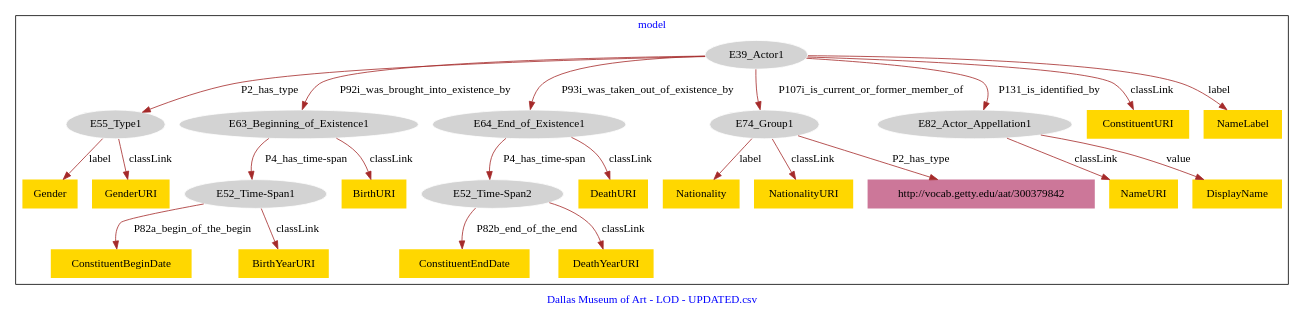
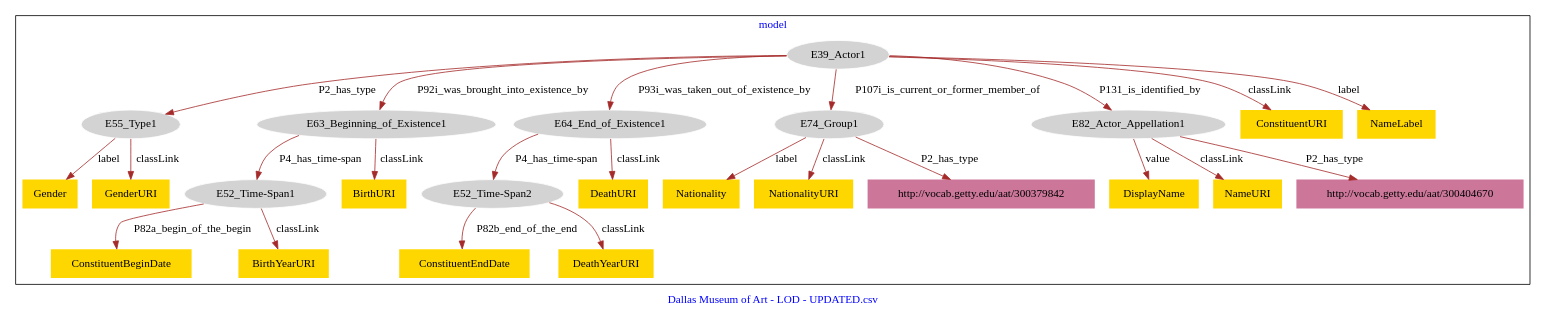
One commit to american-art/DMA changed the diagram in Constituents/DMA_Constituents-model.dot. Above: the diagram before and after it, drawn with Graphviz.

Commit message:
Update file DMA_Constituents-model.dot

```diff
--- a/Constituents/DMA_Constituents-model.dot
+++ b/Constituents/DMA_Constituents-model.dot
@@ -1,53 +1,55 @@
 digraph n0 {
 fontcolor="blue"
 remincross="true"
 label="Dallas Museum of Art - LOD - UPDATED.csv"
 subgraph cluster {
 label="model"
 n2[style="filled",color="white",fillcolor="lightgray",label="E39_Actor1"];
 n3[style="filled",color="white",fillcolor="lightgray",label="E55_Type1"];
 n4[style="filled",color="white",fillcolor="lightgray",label="E63_Beginning_of_Existence1"];
 n5[style="filled",color="white",fillcolor="lightgray",label="E64_End_of_Existence1"];
 n6[style="filled",color="white",fillcolor="lightgray",label="E74_Group1"];
 n7[style="filled",color="white",fillcolor="lightgray",label="E82_Actor_Appellation1"];
 n8[style="filled",color="white",fillcolor="lightgray",label="E52_Time-Span1"];
 n9[style="filled",color="white",fillcolor="lightgray",label="E52_Time-Span2"];
 n10[shape="plaintext",style="filled",fillcolor="gold",label="Nationality"];
-n11[shape="plaintext",style="filled",fillcolor="gold",label="ConstituentBeginDate"];
-n12[shape="plaintext",style="filled",fillcolor="gold",label="DeathURI"];
-n13[shape="plaintext",style="filled",fillcolor="gold",label="NameURI"];
-n14[shape="plaintext",style="filled",fillcolor="gold",label="DisplayName"];
+n11[shape="plaintext",style="filled",fillcolor="gold",label="ConstituentURI"];
+n12[shape="plaintext",style="filled",fillcolor="gold",label="ConstituentBeginDate"];
+n13[shape="plaintext",style="filled",fillcolor="gold",label="DisplayName"];
+n14[shape="plaintext",style="filled",fillcolor="gold",label="NationalityURI"];
 n15[shape="plaintext",style="filled",fillcolor="gold",label="Gender"];
-n16[shape="plaintext",style="filled",fillcolor="gold",label="ConstituentURI"];
+n16[shape="plaintext",style="filled",fillcolor="gold",label="NameLabel"];
 n17[shape="plaintext",style="filled",fillcolor="gold",label="ConstituentEndDate"];
-n18[shape="plaintext",style="filled",fillcolor="gold",label="NationalityURI"];
-n19[shape="plaintext",style="filled",fillcolor="gold",label="DeathYearURI"];
-n20[shape="plaintext",style="filled",fillcolor="gold",label="BirthYearURI"];
+n18[shape="plaintext",style="filled",fillcolor="gold",label="NameURI"];
+n19[shape="plaintext",style="filled",fillcolor="gold",label="GenderURI"];
+n20[shape="plaintext",style="filled",fillcolor="gold",label="DeathURI"];
 n21[shape="plaintext",style="filled",fillcolor="gold",label="BirthURI"];
-n22[shape="plaintext",style="filled",fillcolor="gold",label="GenderURI"];
-n23[shape="plaintext",style="filled",fillcolor="gold",label="NameLabel"];
+n22[shape="plaintext",style="filled",fillcolor="gold",label="BirthYearURI"];
+n23[shape="plaintext",style="filled",fillcolor="gold",label="DeathYearURI"];
 n24[shape="plaintext",style="filled",fillcolor="#CC7799",label="http://vocab.getty.edu/aat/300379842"];
+n25[shape="plaintext",style="filled",fillcolor="#CC7799",label="http://vocab.getty.edu/aat/300404670"];
 }
 n2 -> n3[color="brown",fontcolor="black",label="P2_has_type"]
 n2 -> n4[color="brown",fontcolor="black",label="P92i_was_brought_into_existence_by"]
 n2 -> n5[color="brown",fontcolor="black",label="P93i_was_taken_out_of_existence_by"]
 n2 -> n6[color="brown",fontcolor="black",label="P107i_is_current_or_former_member_of"]
 n2 -> n7[color="brown",fontcolor="black",label="P131_is_identified_by"]
 n4 -> n8[color="brown",fontcolor="black",label="P4_has_time-span"]
 n5 -> n9[color="brown",fontcolor="black",label="P4_has_time-span"]
 n6 -> n10[color="brown",fontcolor="black",label="label"]
-n8 -> n11[color="brown",fontcolor="black",label="P82a_begin_of_the_begin"]
-n5 -> n12[color="brown",fontcolor="black",label="classLink"]
-n7 -> n13[color="brown",fontcolor="black",label="classLink"]
-n7 -> n14[color="brown",fontcolor="black",label="value"]
+n2 -> n11[color="brown",fontcolor="black",label="classLink"]
+n8 -> n12[color="brown",fontcolor="black",label="P82a_begin_of_the_begin"]
+n7 -> n13[color="brown",fontcolor="black",label="value"]
+n6 -> n14[color="brown",fontcolor="black",label="classLink"]
 n3 -> n15[color="brown",fontcolor="black",label="label"]
-n2 -> n16[color="brown",fontcolor="black",label="classLink"]
+n2 -> n16[color="brown",fontcolor="black",label="label"]
 n9 -> n17[color="brown",fontcolor="black",label="P82b_end_of_the_end"]
-n6 -> n18[color="brown",fontcolor="black",label="classLink"]
-n9 -> n19[color="brown",fontcolor="black",label="classLink"]
-n8 -> n20[color="brown",fontcolor="black",label="classLink"]
+n7 -> n18[color="brown",fontcolor="black",label="classLink"]
+n3 -> n19[color="brown",fontcolor="black",label="classLink"]
+n5 -> n20[color="brown",fontcolor="black",label="classLink"]
 n4 -> n21[color="brown",fontcolor="black",label="classLink"]
-n3 -> n22[color="brown",fontcolor="black",label="classLink"]
-n2 -> n23[color="brown",fontcolor="black",label="label"]
+n8 -> n22[color="brown",fontcolor="black",label="classLink"]
+n9 -> n23[color="brown",fontcolor="black",label="classLink"]
 n6 -> n24[color="brown",fontcolor="black",label="P2_has_type"]
+n7 -> n25[color="brown",fontcolor="black",label="P2_has_type"]
 }
```
